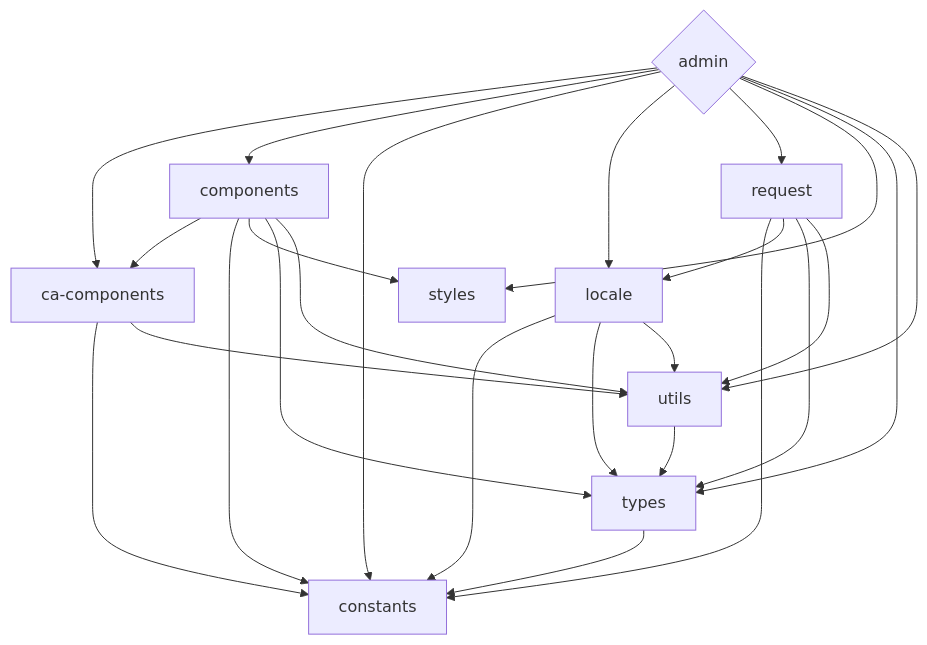
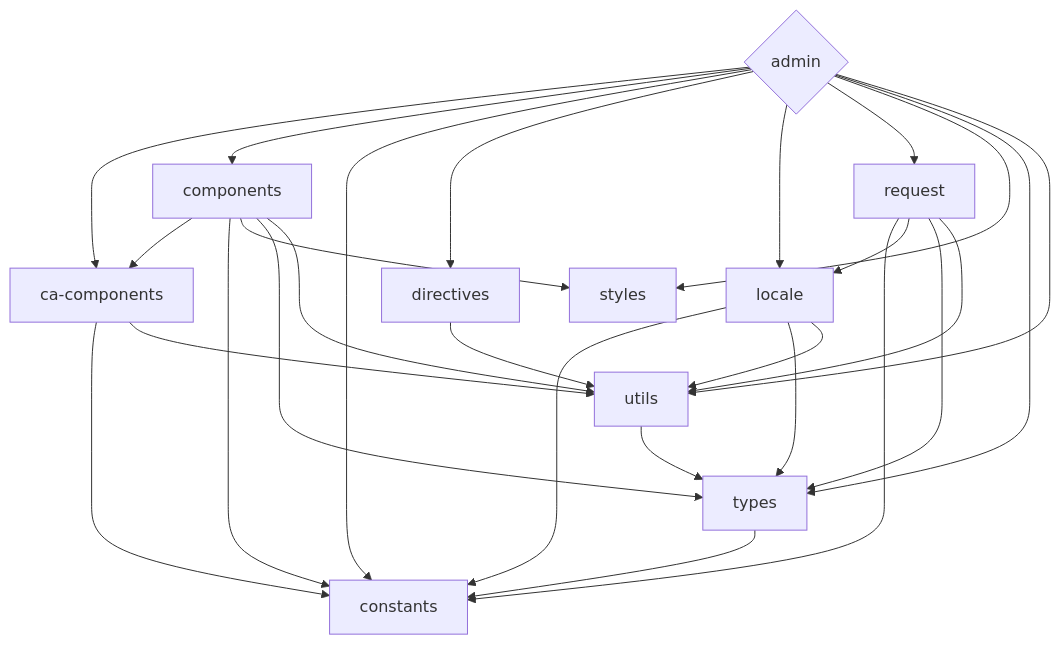
The diagram in README.md (kirklin/celeris-web), drawn with Mermaid before and after one commit. The commit also changed 4 other files, not shown here.

````diff
--- a/README.md
+++ b/README.md
@@ -47,35 +47,38 @@
 ```mermaid
  graph TD
    admin{admin}
    admin --> ca-components
    admin --> components
    admin --> constants
+   admin --> directives
    admin --> locale
    admin --> request
    admin --> styles
    admin --> types
    admin --> utils
    components
    components --> ca-components
    components --> constants
    components --> styles
    components --> types
    components --> utils
    ca-components
    ca-components --> constants
    ca-components --> utils
+   directives
+   directives --> utils
    locale
    locale --> constants
    locale --> types
    locale --> utils
    request
    request --> constants
    request --> locale
    request --> types
    request --> utils
    types
    types --> constants
    utils
    utils --> types  
    
 ```
````
